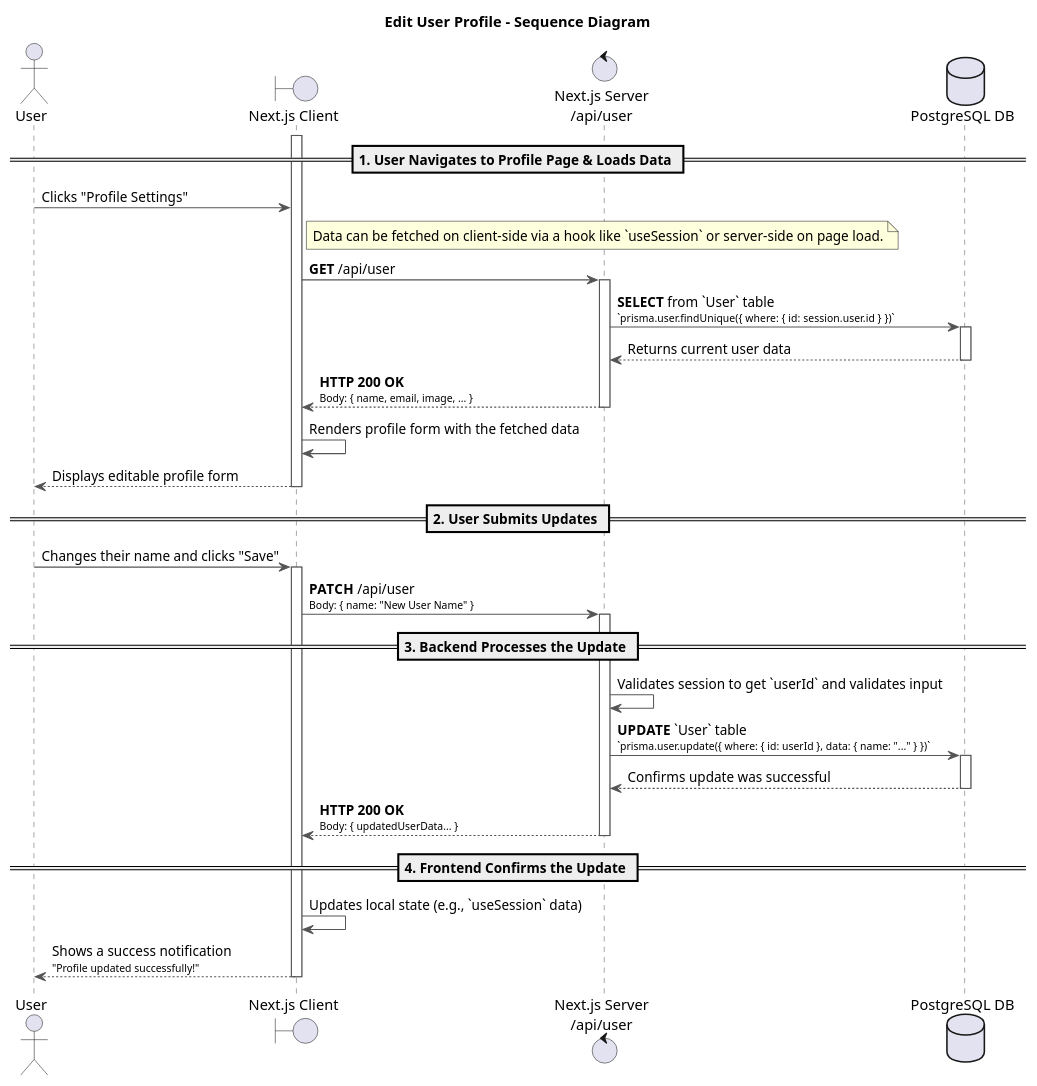
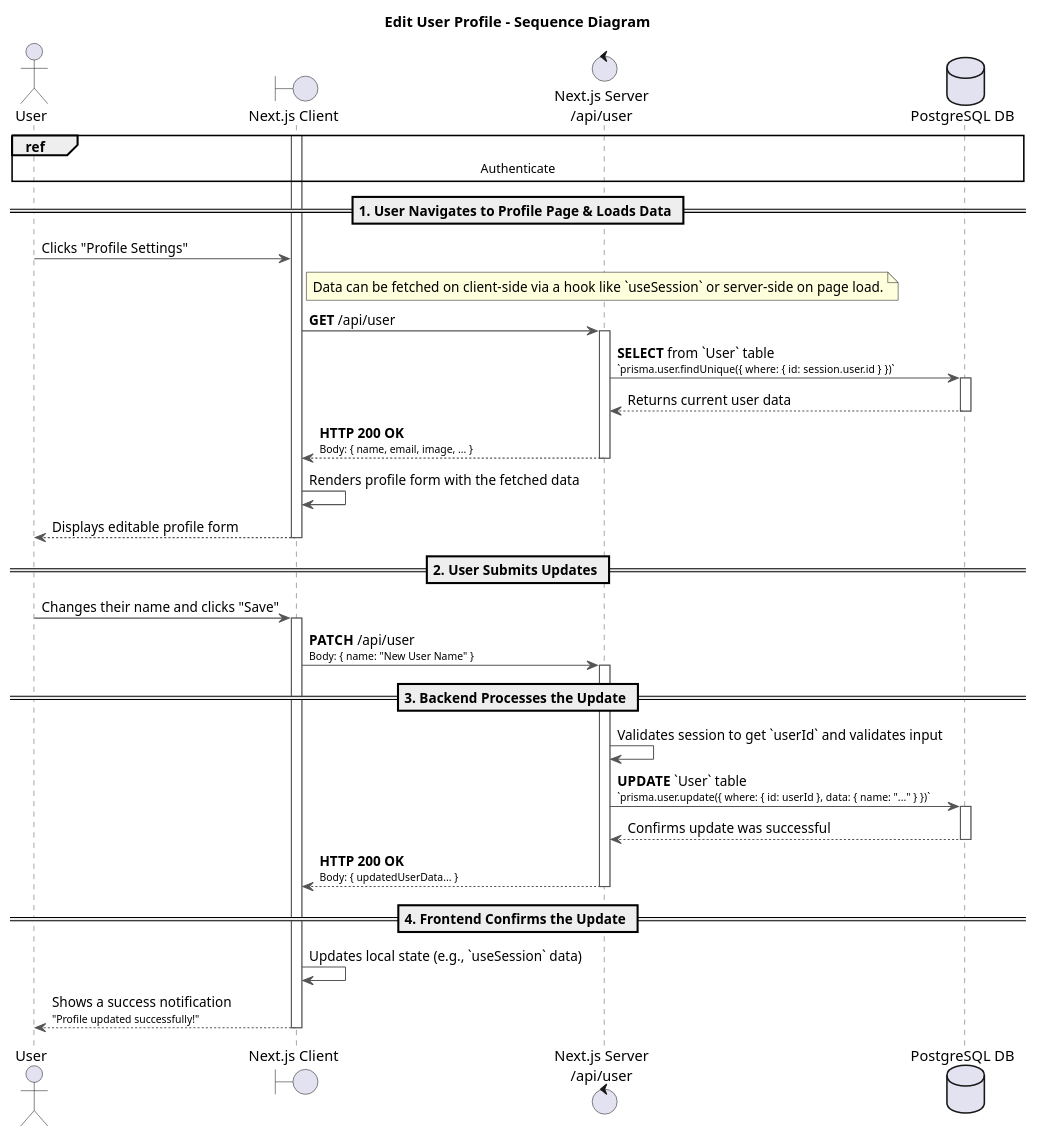
One commit to souhaib-askri/report_pfe changed the diagram in conception/SprintV/sequence_diagrams/sequence_profileManagement_7_1_EditUserProfile copy.puml. Above: the diagram before and after it, drawn with PlantUML. The commit also changed 62 other files, not shown here.

```diff
--- a/conception/SprintV/sequence_diagrams/sequence_profileManagement_7_1_EditUserProfile copy.puml
+++ b/conception/SprintV/sequence_diagrams/sequence_profileManagement_7_1_EditUserProfile copy.puml
@@ -1,59 +1,60 @@
 @startuml
 title Edit User Profile - Sequence Diagram
 
 actor User
 boundary "Next.js Client" as Client
 control "Next.js Server\n/api/user" as Server
 database "PostgreSQL DB" as DB
 
 skinparam sequence {
     ArrowColor #555
     ActorBorderColor #555
     LifeLineBorderColor #555
     ParticipantBorderColor #007bff
     DatabaseBorderColor #d9534f
     ControlBorderColor #5cb85c
     BoundaryBorderColor #f0ad4e
 }
+ref over User, DB: Authenticate
 
 == 1. User Navigates to Profile Page & Loads Data ==
 activate Client
 User -> Client: Clicks "Profile Settings"
 note right of Client: Data can be fetched on client-side via a hook like `useSession` or server-side on page load.
 Client -> Server: **GET** /api/user
 activate Server
 
 Server -> DB: **SELECT** from `User` table\n<font size=10>`prisma.user.findUnique({ where: { id: session.user.id } })`</font>
 activate DB
 DB --> Server: Returns current user data
 deactivate DB
 
 Server --> Client: **HTTP 200 OK**\n<font size=10>Body: { name, email, image, ... }</font>
 deactivate Server
 
 Client -> Client: Renders profile form with the fetched data
 Client --> User: Displays editable profile form
 deactivate Client
 
 == 2. User Submits Updates ==
 User -> Client: Changes their name and clicks "Save"
 activate Client
 Client -> Server: **PATCH** /api/user\n<font size=10>Body: { name: "New User Name" }</font>
 activate Server
 
 == 3. Backend Processes the Update ==
 Server -> Server: Validates session to get `userId` and validates input
 Server -> DB: **UPDATE** `User` table\n<font size=10>`prisma.user.update({ where: { id: userId }, data: { name: "..." } })`</font>
 activate DB
 DB --> Server: Confirms update was successful
 deactivate DB
 
 Server --> Client: **HTTP 200 OK**\n<font size=10>Body: { updatedUserData... }</font>
 deactivate Server
 
 == 4. Frontend Confirms the Update ==
 Client -> Client: Updates local state (e.g., `useSession` data)
 Client --> User: Shows a success notification\n<font size=10>"Profile updated successfully!"</font>
 deactivate Client
 
 @enduml
```
